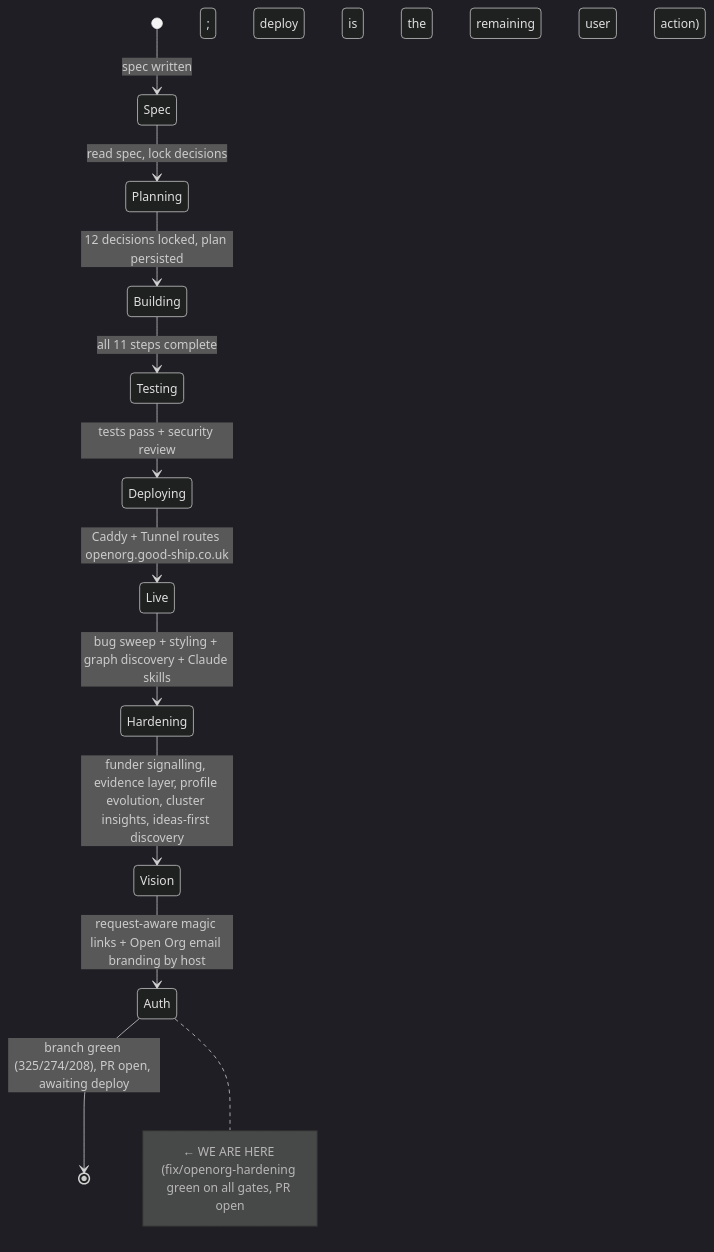
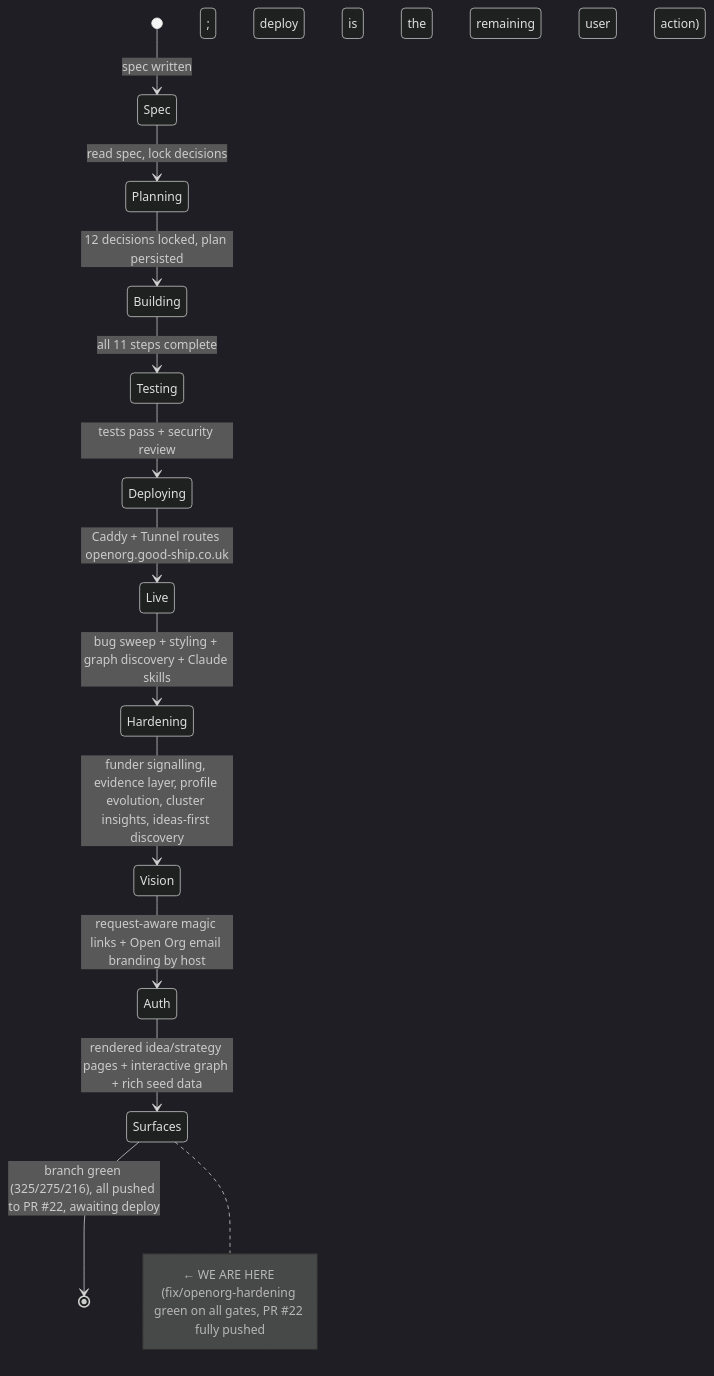
One commit to dataforaction-tom/llmstxt-social changed the first of 2 diagrams in STATE.md. Above: the diagram before and after it, drawn with Mermaid (dark theme). The commit also changed other lines of this file and 1 other file, not shown here.

Commit message:
docs: session 4 handoff — detail pages, interactive graph, seed data

````diff
--- a/STATE.md
+++ b/STATE.md
@@ -8,15 +8,16 @@
 ```mermaid
 stateDiagram-v2
     [*] --> Spec: spec written
     Spec --> Planning: read spec, lock decisions
     Planning --> Building: 12 decisions locked, plan persisted
     Building --> Testing: all 11 steps complete
     Testing --> Deploying: tests pass + security review
     Deploying --> Live: Caddy + Tunnel routes openorg.good-ship.co.uk
     Live --> Hardening: bug sweep + styling + graph discovery + Claude skills
     Hardening --> Vision: funder signalling, evidence layer, profile evolution, cluster insights, ideas-first discovery
     Vision --> Auth: request-aware magic links + Open Org email branding by host
-    Auth --> [*]: branch green (325/274/208), PR open, awaiting deploy
+    Auth --> Surfaces: rendered idea/strategy pages + interactive graph + rich seed data
+    Surfaces --> [*]: branch green (325/275/216), all pushed to PR #22, awaiting deploy
 
-    note right of Auth: ← WE ARE HERE (fix/openorg-hardening green on all gates, PR open; deploy is the remaining user action)
+    note right of Surfaces: ← WE ARE HERE (fix/openorg-hardening green on all gates, PR #22 fully pushed; deploy is the remaining user action)
 ```
````
